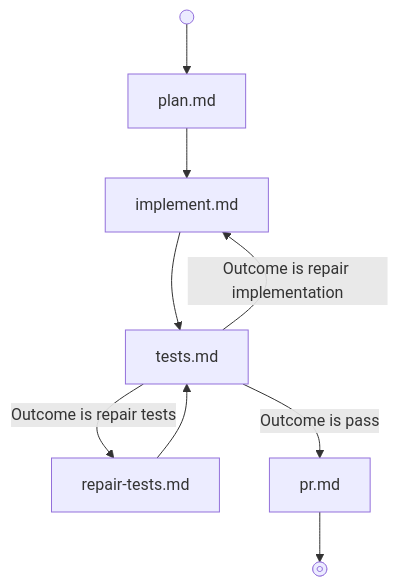
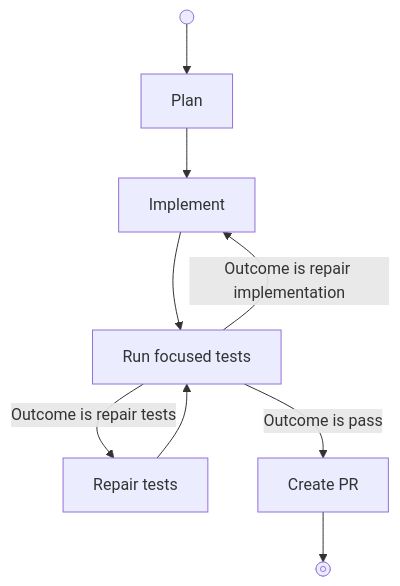
One commit to jdeurt/graph-workflows changed the diagram in skills/graph-workflows/references/examples/write-code/WORKFLOW.md. Above: the diagram before and after it, drawn with Mermaid. The commit also changed 20 other files, not shown here.

````diff
--- a/skills/graph-workflows/references/examples/write-code/WORKFLOW.md
+++ b/skills/graph-workflows/references/examples/write-code/WORKFLOW.md
@@ -8,18 +8,25 @@
 ```mermaid
 flowchart TD
 _start@{ shape: sm-circ, label: "Start" }
-plan["plan.md"]
-implement["implement.md"]
-tests["tests.md"]
-repair_tests["repair-tests.md"]
-pr["pr.md"]
+plan["Plan"]
+click plan href "steps/plan.md"
+implement["Implement"]
+click implement href "steps/implement.md"
+tests["Run focused tests"]
+click tests href "steps/tests.md"
+repair_tests["Repair tests"]
+click repair_tests href "steps/repair-tests.md"
+pr["Create PR"]
+click pr href "steps/pr.md"
 _stop@{ shape: framed-circle, label: "Stop" }
+click _start href "steps/_start.md"
+click _stop href "steps/_stop.md"
 _start --> plan
 plan --> implement
 implement --> tests
 tests -->|Outcome is pass| pr
 tests -->|Outcome is repair implementation| implement
 tests -->|Outcome is repair tests| repair_tests
 repair_tests --> tests
 pr --> _stop
 ```
````
